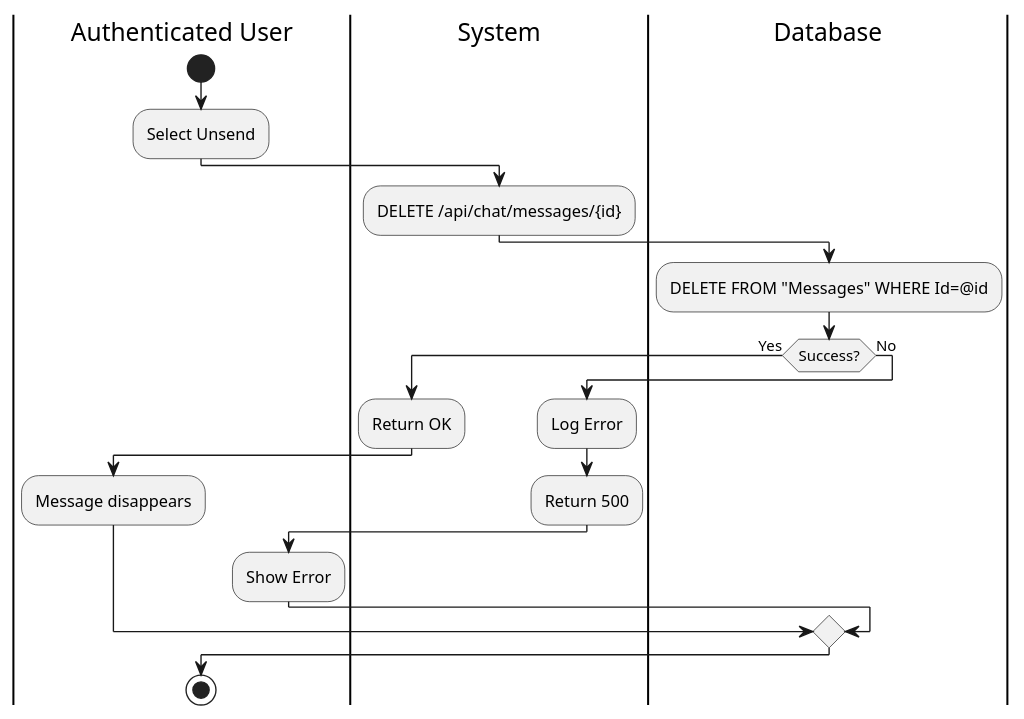
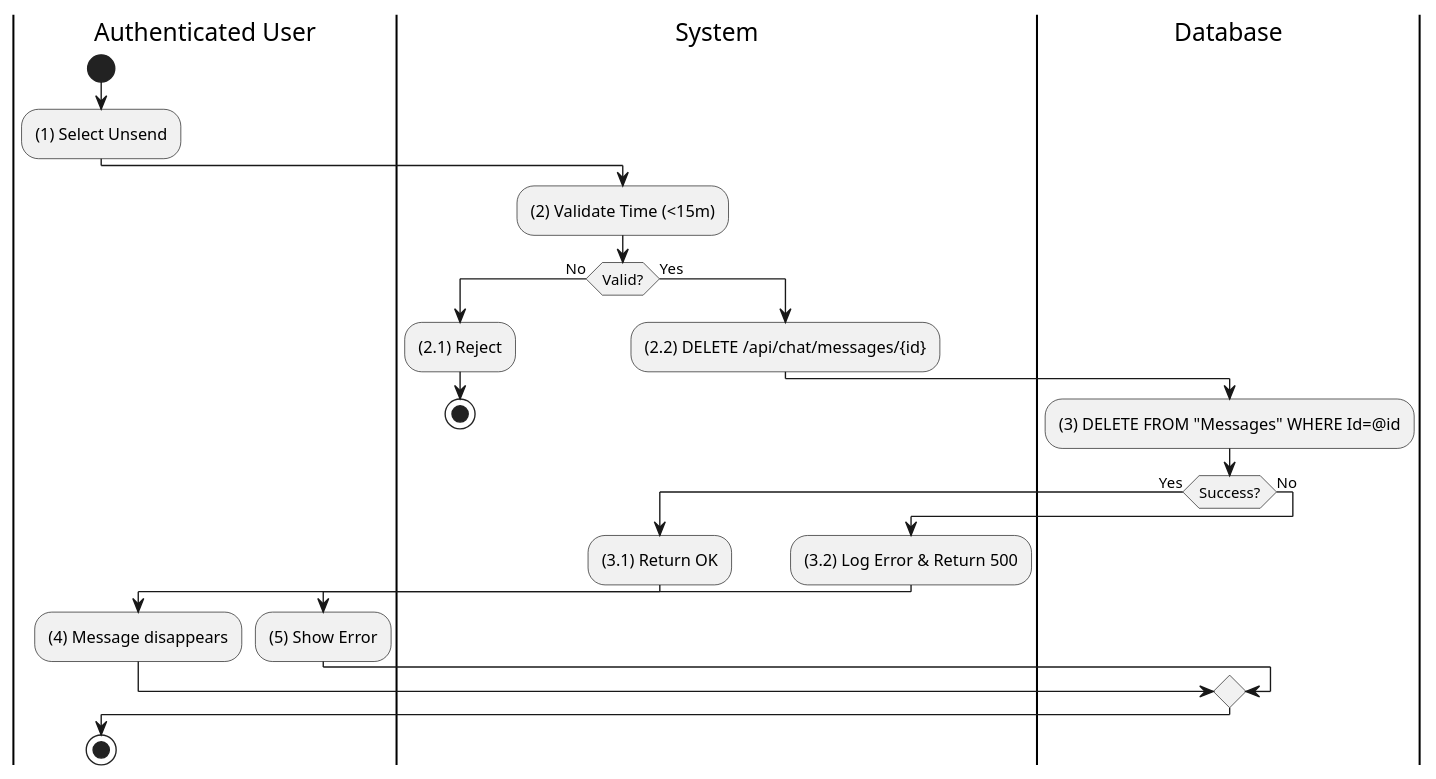
One commit to I-Love-U-3000/Favi-BE changed the ninth of 16 diagrams in UC_2.1.7_Chat.md. Above: the diagram before and after it, drawn with PlantUML. The commit also changed other lines of this file and 36 other files, not shown here.

````diff
--- a/UC_2.1.7_Chat.md
+++ b/UC_2.1.7_Chat.md
@@ -388,24 +399,29 @@
 ```plantuml
 @startuml
 |Authenticated User|
 start
-:Select Unsend;
+:(1) Select Unsend;
 |System|
-:DELETE /api/chat/messages/{id};
-|Database|
-:DELETE FROM "Messages" WHERE Id=@id;
-if (Success?) then (Yes)
-  |System|
-  :Return OK;
-  |Authenticated User|
-  :Message disappears;
-else (No)
-  |System|
-  :Log Error;
-  :Return 500;
-  |Authenticated User|
-  :Show Error;
+:(2) Validate Time (<15m);
+if (Valid?) then (No)
+  :(2.1) Reject;
+  stop
+else (Yes)
+  :(2.2) DELETE /api/chat/messages/{id};
+  |Database|
+  :(3) DELETE FROM "Messages" WHERE Id=@id;
+  if (Success?) then (Yes)
+    |System|
+    :(3.1) Return OK;
+    |Authenticated User|
+    :(4) Message disappears;
+  else (No)
+    |System|
+    :(3.2) Log Error & Return 500;
+    |Authenticated User|
+    :(5) Show Error;
+  endif
 endif
 stop
 @enduml
 ```
````
